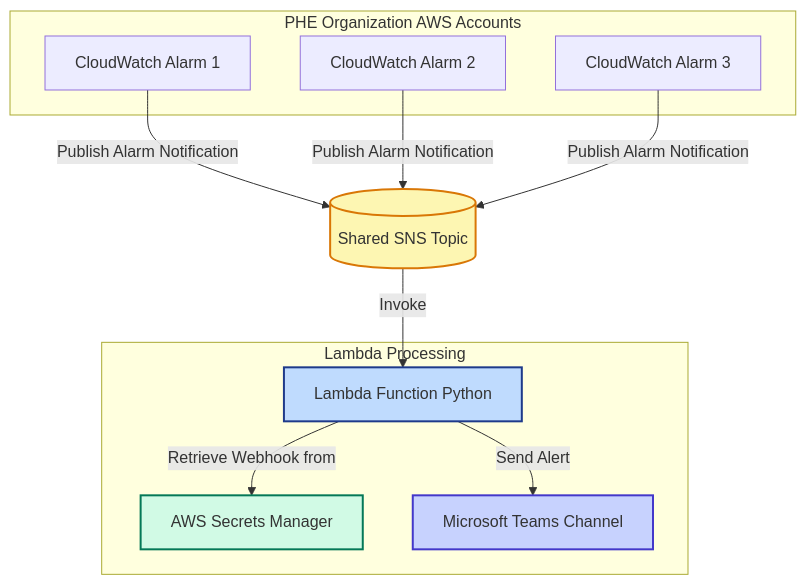
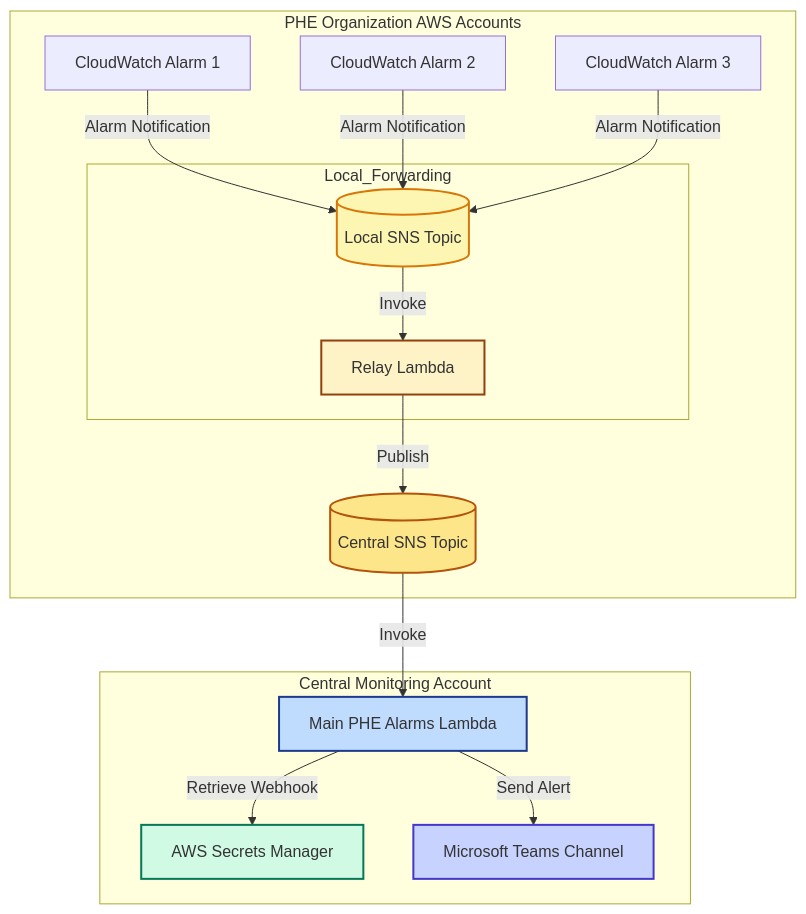
Before and after one commit to ukhsa-collaboration/devops-phe-alarms-lambdas: the diagram in README.md, drawn with Mermaid. The commit also changed other lines of this file, not shown here.

Commit message:
docs: update readme diagram [skip ci]

````diff
--- a/README.md
+++ b/README.md
@@ -8,24 +14,37 @@
 ```mermaid
 flowchart TD
     subgraph AWS_Account["PHE Organization AWS Accounts"]
         A1[CloudWatch Alarm 1]
         A2[CloudWatch Alarm 2]
         A3[CloudWatch Alarm 3]
+
+        subgraph Local_Forwarding
+            SNS_LOCAL[(Local SNS Topic)]
+            LAMBDA_FORWARD[Relay Lambda]
+        end
+
+        A1 -->|Alarm Notification| SNS_LOCAL
+        A2 -->|Alarm Notification| SNS_LOCAL
+        A3 -->|Alarm Notification| SNS_LOCAL
+        SNS_LOCAL -->|Invoke| LAMBDA_FORWARD
+        LAMBDA_FORWARD -->|Publish| SNS_CENTRAL
     end
 
-    A1 -->|Publish Alarm Notification| SNS[(Shared SNS Topic)]
-    A2 -->|Publish Alarm Notification| SNS
-    A3 -->|Publish Alarm Notification| SNS
+    subgraph Monitoring_Account["Central Monitoring Account"]
+        SNS_CENTRAL[(Central SNS Topic)]
+        LAMBDA_MAIN[Main PHE Alarms Lambda]
+        SECRETS[AWS Secrets Manager]
+        TEAMS[Microsoft Teams Channel]
 
-    SNS -->|Invoke| LAMBDA[Lambda Function Python]
-
-    subgraph Lambda_Processing["Lambda Processing"]
-        LAMBDA -->|Retrieve Webhook from| SECRETS[AWS Secrets Manager]
-        LAMBDA -->|Send Alert| TEAMS[Microsoft Teams Channel]
+        SNS_CENTRAL -->|Invoke| LAMBDA_MAIN
+        LAMBDA_MAIN -->|Retrieve Webhook| SECRETS
+        LAMBDA_MAIN -->|Send Alert| TEAMS
     end
 
-    style SNS fill:#fdf6b2,stroke:#d97706,stroke-width:2px
-    style LAMBDA fill:#bfdbfe,stroke:#1e3a8a,stroke-width:2px
+    style SNS_LOCAL fill:#fdf6b2,stroke:#d97706,stroke-width:2px
+    style LAMBDA_FORWARD fill:#fef3c7,stroke:#92400e,stroke-width:2px
+    style SNS_CENTRAL fill:#fde68a,stroke:#b45309,stroke-width:2px
+    style LAMBDA_MAIN fill:#bfdbfe,stroke:#1e3a8a,stroke-width:2px
+    style SECRETS fill:#d1fae5,stroke:#047857,stroke-width:2px
     style TEAMS fill:#c7d2fe,stroke:#4338ca,stroke-width:2px
-    style SECRETS fill:#d1fae5,stroke:#047857,stroke-width:2px
 ```
````
